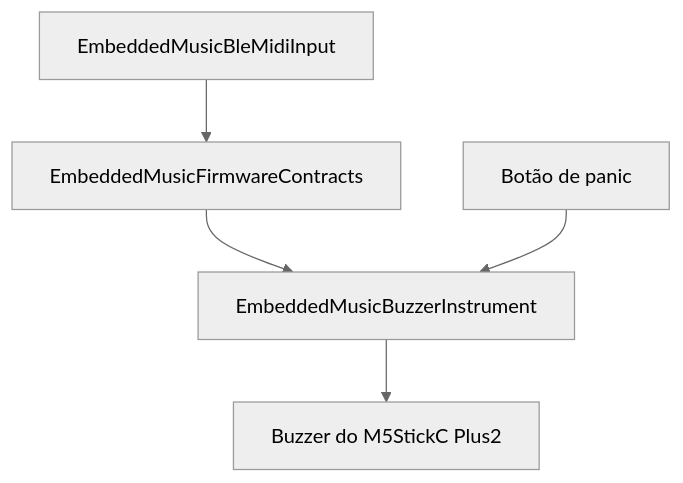
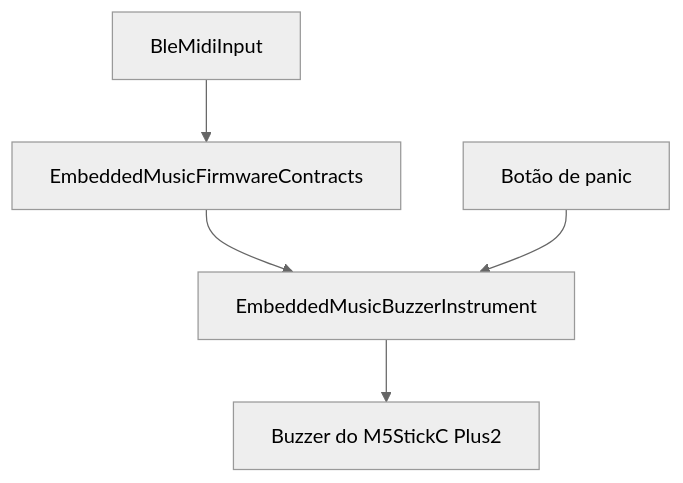
One commit to fczuardi/embedded-music-experiments changed the first of 2 diagrams in DESIGN.md. Above: the diagram before and after it, drawn with Mermaid (neutral theme). The commit also changed other lines of this file and 4 other files, not shown here.

Commit message:
build: consume renamed BLE MIDI input package

````diff
--- a/DESIGN.md
+++ b/DESIGN.md
@@ -107,7 +107,7 @@
 ```mermaid
 flowchart TD
-    B["EmbeddedMusicBleMidiInput"] --> C["EmbeddedMusicFirmwareContracts"]
+    B["BleMidiInput"] --> C["EmbeddedMusicFirmwareContracts"]
     C --> I["EmbeddedMusicBuzzerInstrument"]
     I --> A["Buzzer do M5StickC Plus2"]
     P["Botão de panic"] --> I
 ```
````
